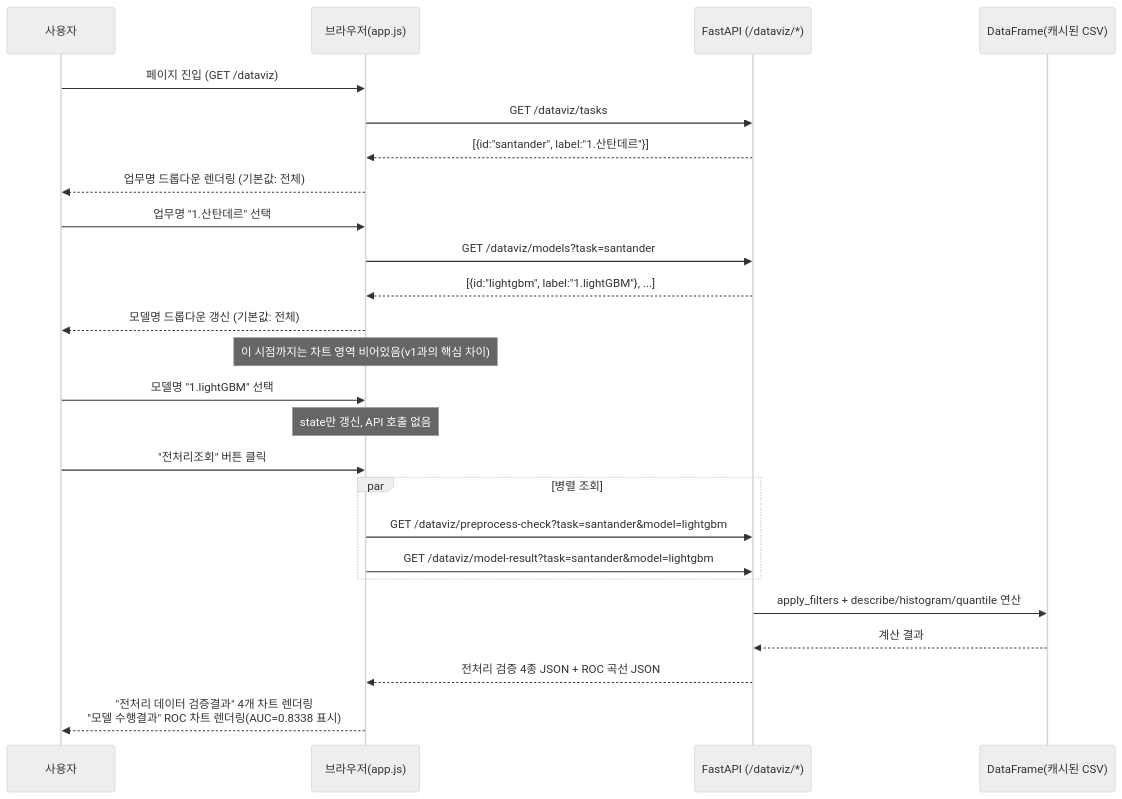
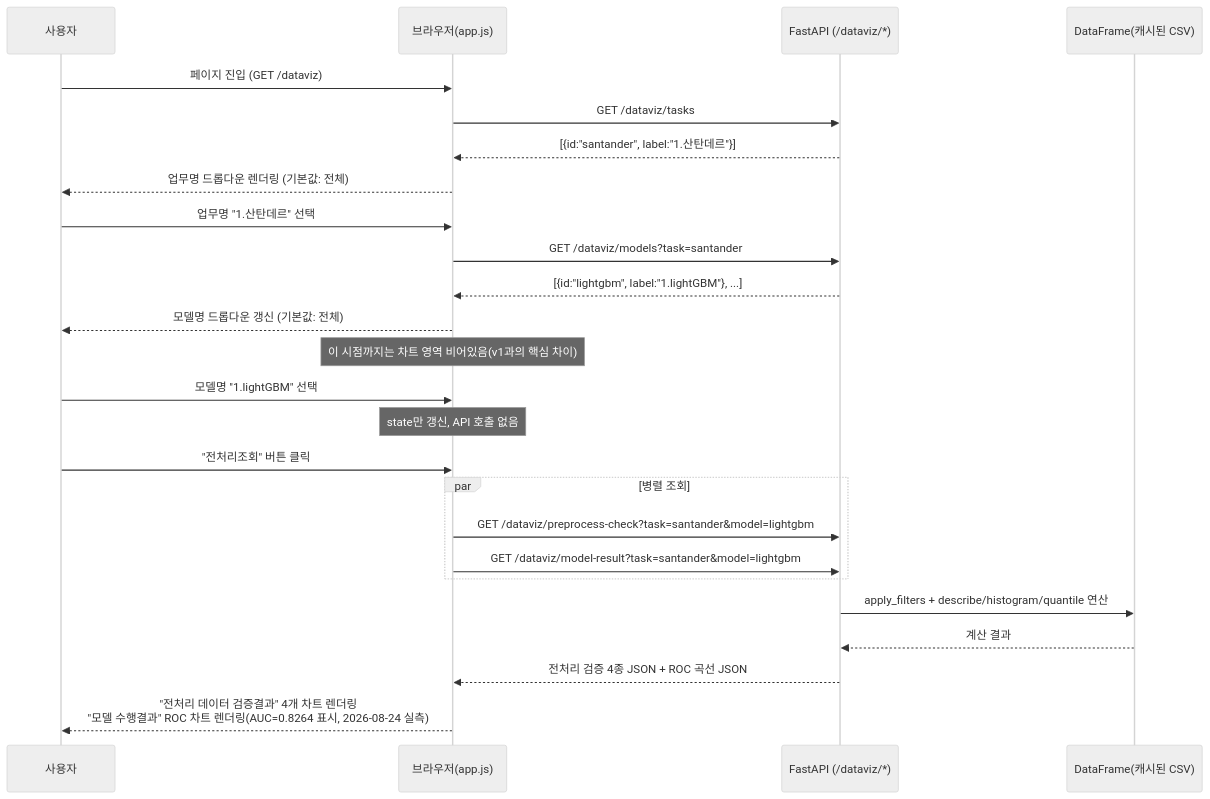
One commit to jcs19752510-ui/semi_project changed the second of 2 diagrams in 정찬성/99.TRD설계서_바이브코딩/99-02_SEMI TRD_메인화면NEW20260823.md. Above: the diagram before and after it, drawn with Mermaid (neutral theme). The commit also changed other lines of this file and 16 other files, not shown here.

````diff
--- a/정찬성/99.TRD설계서_바이브코딩/99-02_SEMI TRD_메인화면NEW20260823.md
+++ b/정찬성/99.TRD설계서_바이브코딩/99-02_SEMI TRD_메인화면NEW20260823.md
@@ -129,31 +129,31 @@
 ```mermaid
 sequenceDiagram
     participant U as 사용자
     participant B as 브라우저(app.js)
     participant API as FastAPI (/dataviz/*)
     participant DF as DataFrame(캐시된 CSV)
 
     U->>B: 페이지 진입 (GET /dataviz)
     B->>API: GET /dataviz/tasks
     API-->>B: [{id:"santander", label:"1.산탄데르"}]
     B-->>U: 업무명 드롭다운 렌더링 (기본값: 전체)
 
     U->>B: 업무명 "1.산탄데르" 선택
     B->>API: GET /dataviz/models?task=santander
     API-->>B: [{id:"lightgbm", label:"1.lightGBM"}, ...]
     B-->>U: 모델명 드롭다운 갱신 (기본값: 전체)
     Note over B: 이 시점까지는 차트 영역 비어있음(v1과의 핵심 차이)
 
     U->>B: 모델명 "1.lightGBM" 선택
     Note over B: state만 갱신, API 호출 없음
 
     U->>B: "전처리조회" 버튼 클릭
     par 병렬 조회
         B->>API: GET /dataviz/preprocess-check?task=santander&model=lightgbm
         B->>API: GET /dataviz/model-result?task=santander&model=lightgbm
     end
     API->>DF: apply_filters + describe/histogram/quantile 연산
     DF-->>API: 계산 결과
     API-->>B: 전처리 검증 4종 JSON + ROC 곡선 JSON
-    B-->>U: "전처리 데이터 검증결과" 4개 차트 렌더링<br/>"모델 수행결과" ROC 차트 렌더링(AUC=0.8338 표시)
+    B-->>U: "전처리 데이터 검증결과" 4개 차트 렌더링<br/>"모델 수행결과" ROC 차트 렌더링(AUC=0.8264 표시, 2026-08-24 실측)
 ```
````
